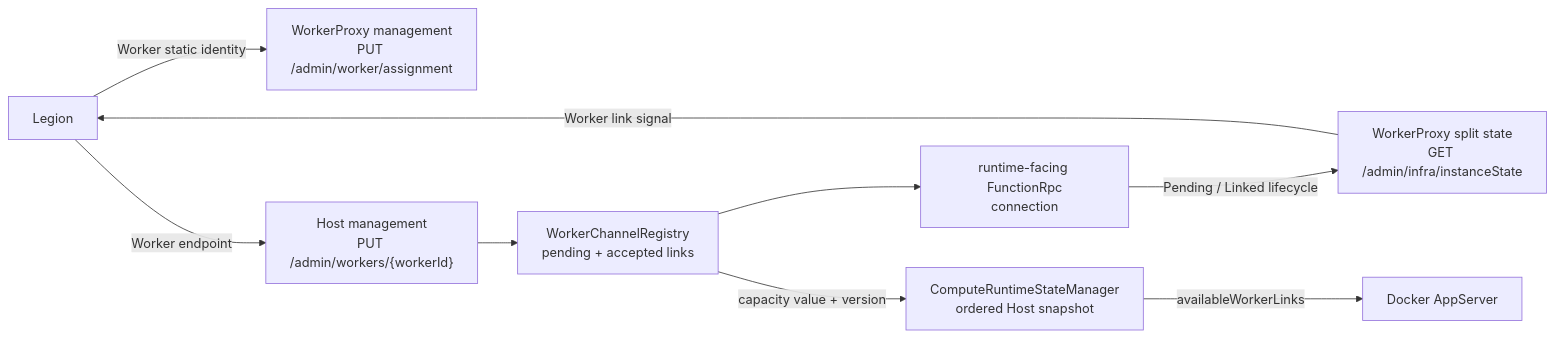
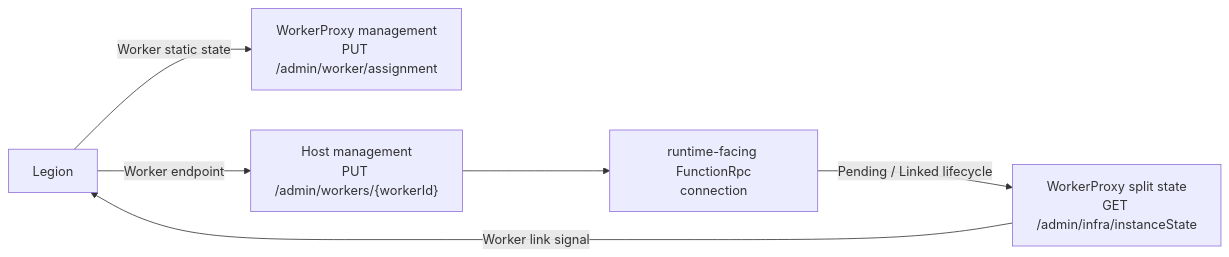
One commit to Azure/azure-functions-host changed the second of 4 diagrams in tools/ComputeSeparation/BYOCSplitWorkerSignals.md. Above: the diagram before and after it, drawn with Mermaid. The commit also changed other lines of this file, not shown here.

First line of the commit message:
Detach WorkerProxy signals from link headroom

````diff
--- a/tools/ComputeSeparation/BYOCSplitWorkerSignals.md
+++ b/tools/ComputeSeparation/BYOCSplitWorkerSignals.md
@@ -46,20 +42,14 @@
 ```mermaid
 flowchart LR
     Legion["Legion"]
     Assignment["WorkerProxy management<br/>PUT /admin/worker/assignment"]
     LinkApi["Host management<br/>PUT /admin/workers/{workerId}"]
-    Registry["WorkerChannelRegistry<br/>pending + accepted links"]
     FunctionRpc["runtime-facing FunctionRpc<br/>connection"]
     SplitState["WorkerProxy split state<br/>GET /admin/infra/instanceState"]
-    Snapshot["ComputeRuntimeStateManager<br/>ordered Host snapshot"]
-    AppServer["Docker AppServer"]
 
-    Legion -->|"Worker static identity"| Assignment
+    Legion -->|"Worker static state"| Assignment
     Legion -->|"Worker endpoint"| LinkApi
-    LinkApi --> Registry
-    Registry --> FunctionRpc
+    LinkApi --> FunctionRpc
     FunctionRpc -->|"Pending / Linked lifecycle"| SplitState
     SplitState -->|"Worker link signal"| Legion
-    Registry -->|"capacity value + version"| Snapshot
-    Snapshot -->|"availableWorkerLinks"| AppServer
 ```
````
